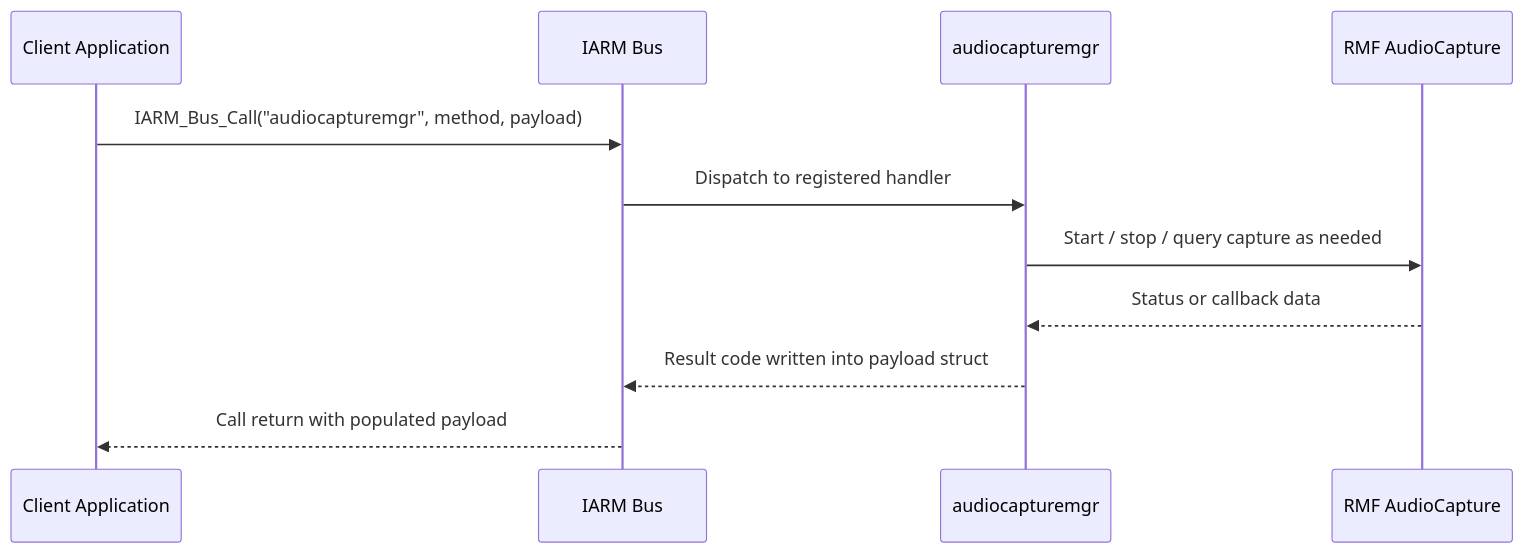
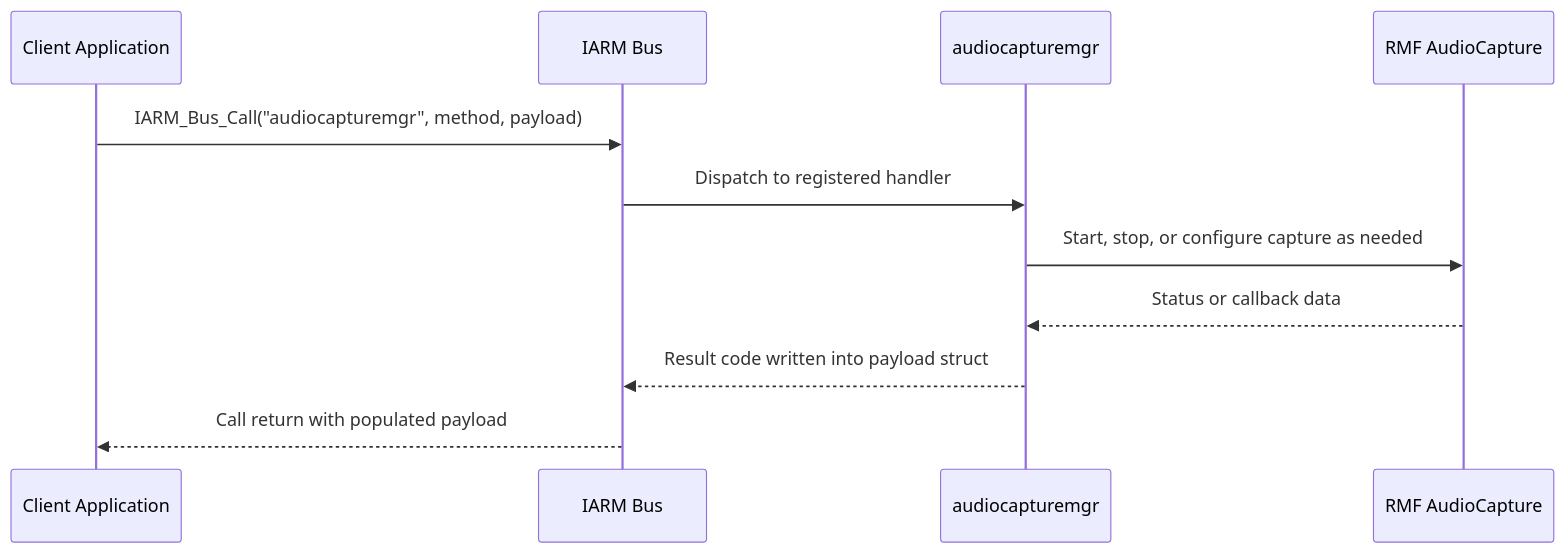
One commit to rdkcentral/audiocapturemgr changed the sixth of 7 diagrams in README.md. Above: the diagram before and after it, drawn with Mermaid. The commit also changed other lines of this file, not shown here.

````diff
--- a/README.md
+++ b/README.md
@@ -282,14 +282,14 @@
 ```mermaid
 sequenceDiagram
     participant Client as Client Application
     participant IARM as IARM Bus
     participant ACM as audiocapturemgr
     participant RMF as RMF AudioCapture
 
     Client->>IARM: IARM_Bus_Call("audiocapturemgr", method, payload)
     IARM->>ACM: Dispatch to registered handler
-    ACM->>RMF: Start / stop / query capture as needed
+    ACM->>RMF: Start, stop, or configure capture as needed
     RMF-->>ACM: Status or callback data
     ACM-->>IARM: Result code written into payload struct
     IARM-->>Client: Call return with populated payload
 ```
````
